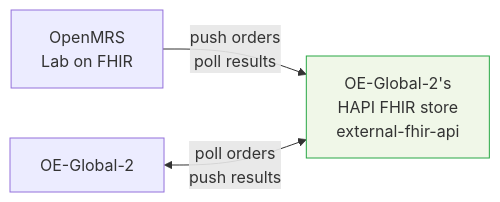
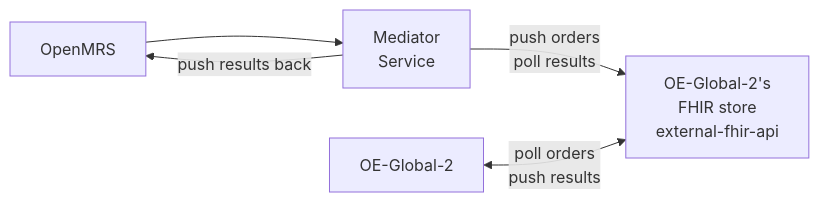
The diagram in bahmni-openelis-global2-integration-plan.md (Bahmni/OpenElis), drawn with Mermaid before and after one commit. The commit also changed other lines of this file and 5 other files, not shown here.

````diff
--- a/bahmni-openelis-global2-integration-plan.md
+++ b/bahmni-openelis-global2-integration-plan.md
@@ -96,7 +52,7 @@
 ```mermaid
 flowchart LR
-    MRS[OpenMRS<br/>Lab on FHIR] -->|push orders<br/>poll results| FHIR[OE-Global-2's<br/>HAPI FHIR store<br/>external-fhir-api]
+    MRS[OpenMRS] --> MED[Mediator<br/>Service]
+    MED -->|push orders<br/>poll results| FHIR[OE-Global-2's<br/>FHIR store<br/>external-fhir-api]
+    MED -->|push results back| MRS
     OEG[OE-Global-2] <-->|poll orders<br/>push results| FHIR
-
-    style FHIR fill:#f0f7e8,stroke:#28a745
 ```
````
